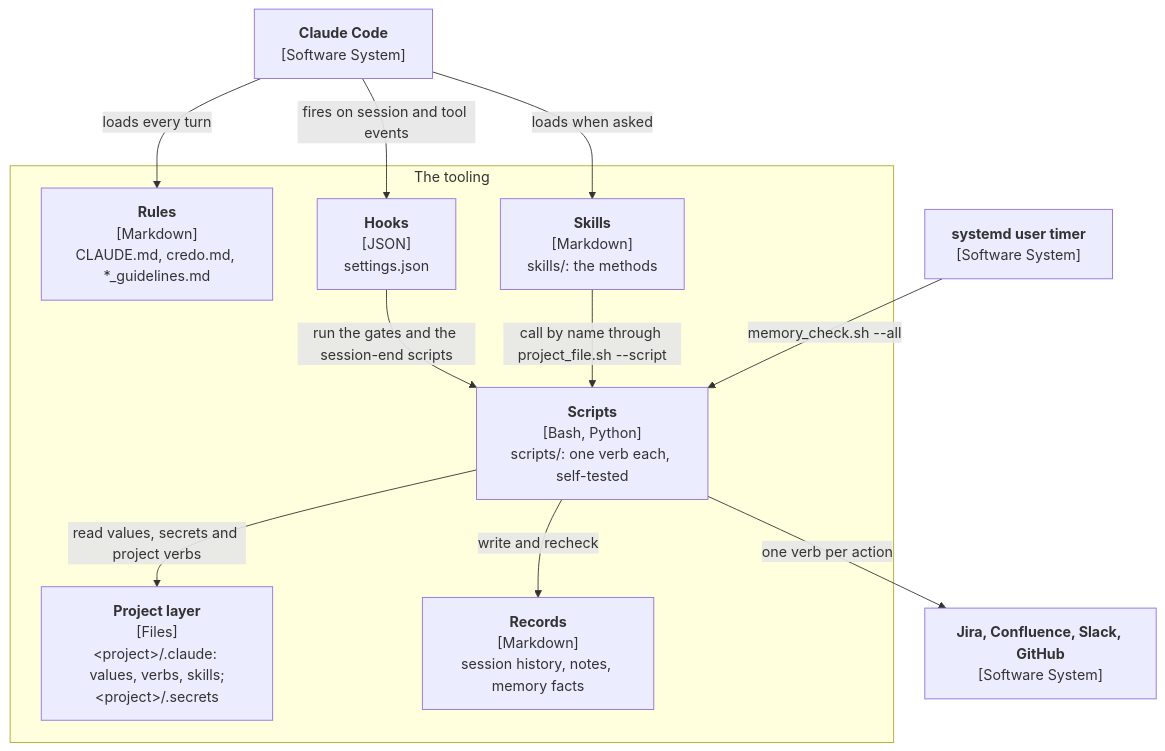
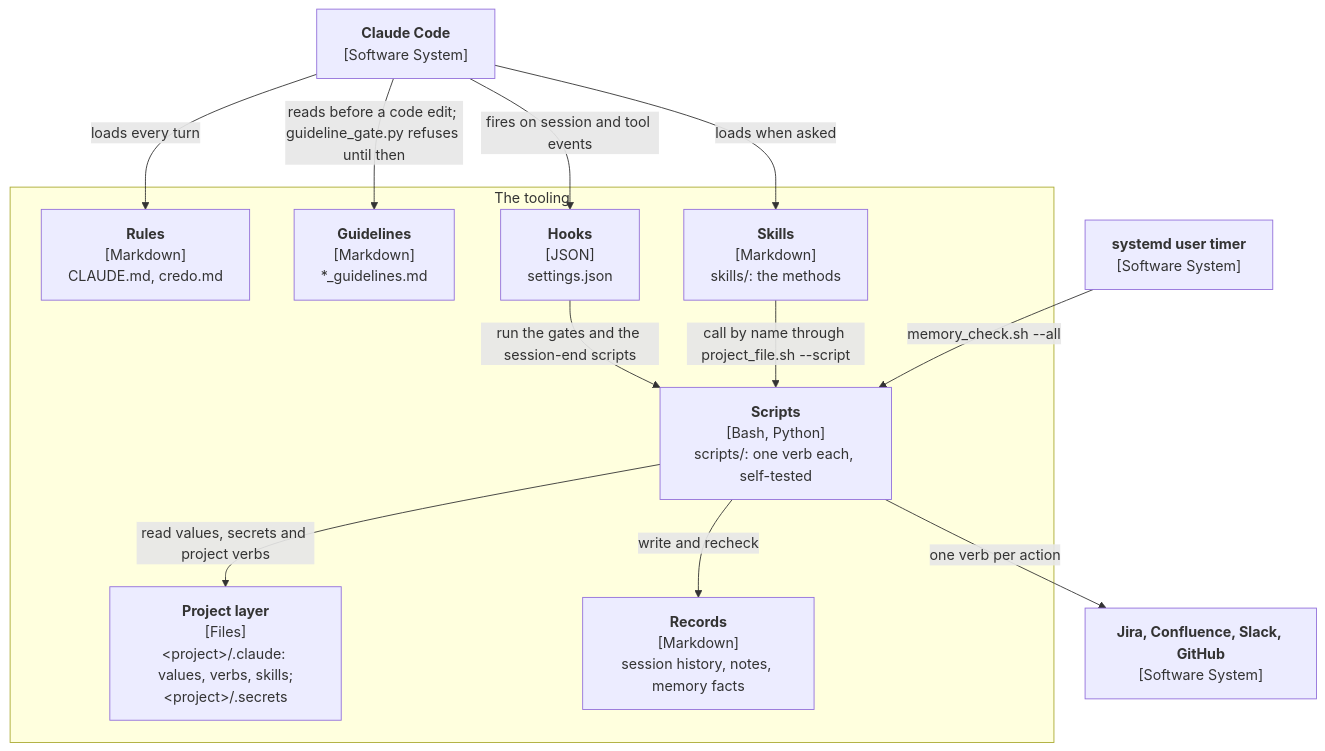
The second of 4 diagrams in ARCHITECTURE.md (iguigova/dotclaude), drawn with Mermaid before and after one commit. The commit also changed other lines of this file and 2 other files, not shown here.

First line of the commit message:
Export from ~/.claude

````diff
--- a/ARCHITECTURE.md
+++ b/ARCHITECTURE.md
@@ -117,23 +117,25 @@
 ```mermaid
 flowchart TB
   cc["<b>Claude Code</b><br>[Software System]"]
   timer["<b>systemd user timer</b><br>[Software System]"]
   ext["<b>Jira, Confluence, Slack, GitHub</b><br>[Software System]"]
   subgraph sys [The tooling]
-    rules["<b>Rules</b><br>[Markdown]<br>CLAUDE.md, credo.md, *_guidelines.md"]
+    rules["<b>Rules</b><br>[Markdown]<br>CLAUDE.md, credo.md"]
+    guides["<b>Guidelines</b><br>[Markdown]<br>*_guidelines.md"]
     hooks["<b>Hooks</b><br>[JSON]<br>settings.json"]
     skills["<b>Skills</b><br>[Markdown]<br>skills/: the methods"]
     scripts["<b>Scripts</b><br>[Bash, Python]<br>scripts/: one verb each, self-tested"]
     project["<b>Project layer</b><br>[Files]<br>&lt;project&gt;/.claude: values, verbs, skills;<br>&lt;project&gt;/.secrets"]
     records["<b>Records</b><br>[Markdown]<br>session history, notes, memory facts"]
   end
   cc -- "loads every turn" --> rules
+  cc -- "reads before a code edit; guideline_gate.py refuses until then" --> guides
   cc -- "fires on session and tool events" --> hooks
   cc -- "loads when asked" --> skills
   hooks -- "run the gates and the session-end scripts" --> scripts
   skills -- "call by name through project_file.sh --script" --> scripts
   scripts -- "read values, secrets and project verbs" --> project
   scripts -- "write and recheck" --> records
   timer -- "memory_check.sh --all" --> scripts
   scripts -- "one verb per action" --> ext
 ```
````
